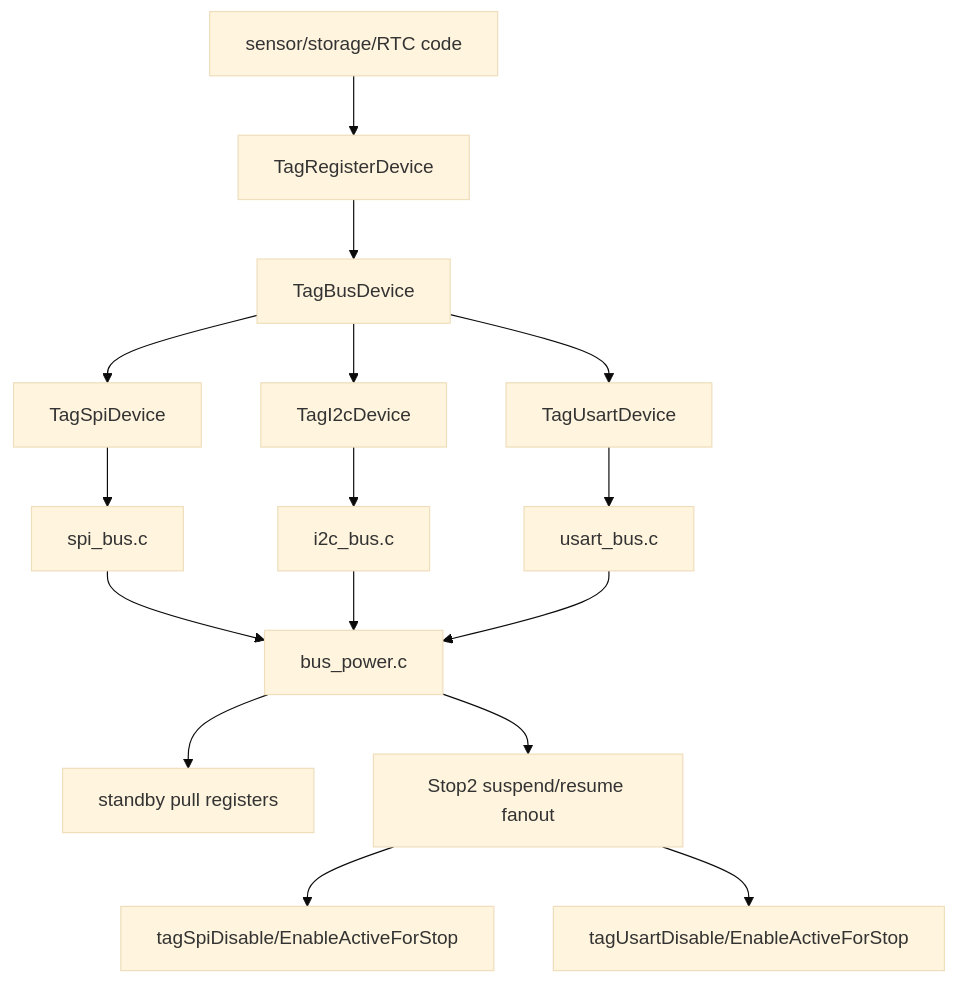
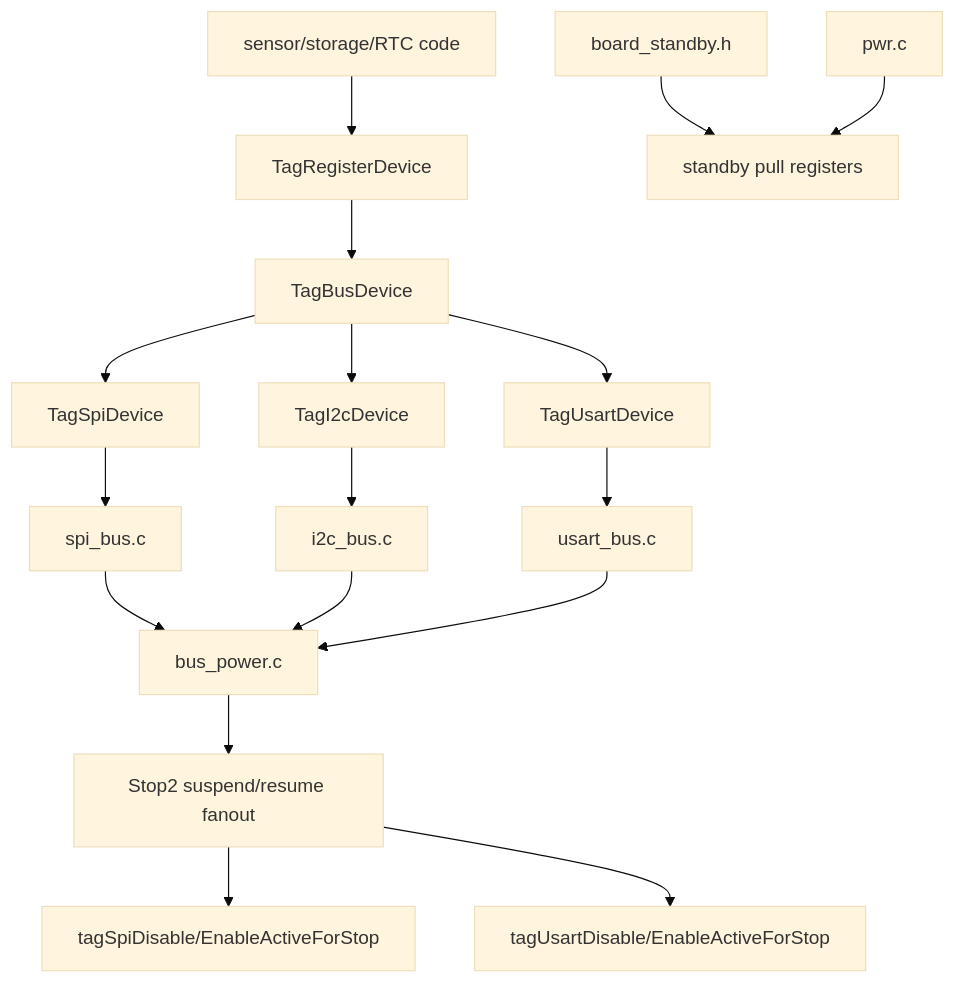
One commit to tag-designs/software changed the second of 2 diagrams in embedded/tags/common/core/README.md. Above: the diagram before and after it, drawn with Mermaid (base theme). The commit also changed other lines of this file and 14 other files, not shown here.

Commit message:
Generate board standby pull masks

````diff
--- a/embedded/tags/common/core/README.md
+++ b/embedded/tags/common/core/README.md
@@ -102,27 +104,28 @@
 ```mermaid
 flowchart TD
   Driver["sensor/storage/RTC code"]
   RegisterDevice["TagRegisterDevice"]
   BusDevice["TagBusDevice"]
 
   Driver --> RegisterDevice
   RegisterDevice --> BusDevice
 
   BusDevice --> SpiDevice["TagSpiDevice"]
   BusDevice --> I2cDevice["TagI2cDevice"]
   BusDevice --> UsartDevice["TagUsartDevice"]
 
   SpiDevice --> SpiBus["spi_bus.c"]
   I2cDevice --> I2cBus["i2c_bus.c"]
   UsartDevice --> UsartBus["usart_bus.c"]
 
   SpiBus --> Shared["bus_power.c"]
   I2cBus --> Shared
   UsartBus --> Shared
 
-  Shared --> StandbyPulls["standby pull registers"]
+  BoardConfig["board_standby.h"] --> StandbyPulls["standby pull registers"]
+  Power["pwr.c"] --> StandbyPulls
   Shared --> Stop2["Stop2 suspend/resume fanout"]
 
   Stop2 --> SpiStop["tagSpiDisable/EnableActiveForStop"]
   Stop2 --> UsartStop["tagUsartDisable/EnableActiveForStop"]
 ```
````
